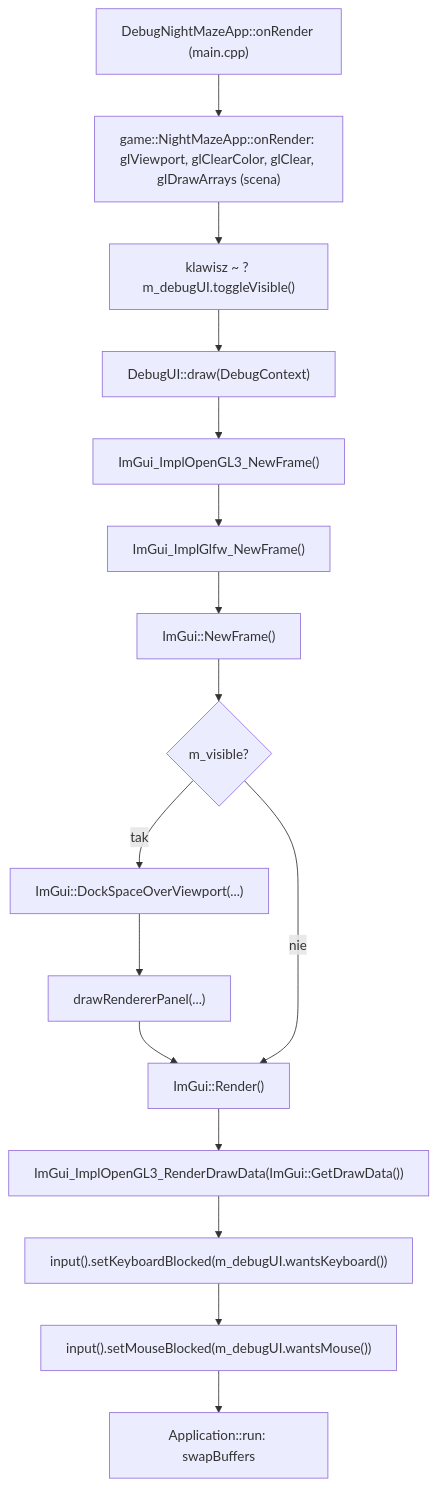
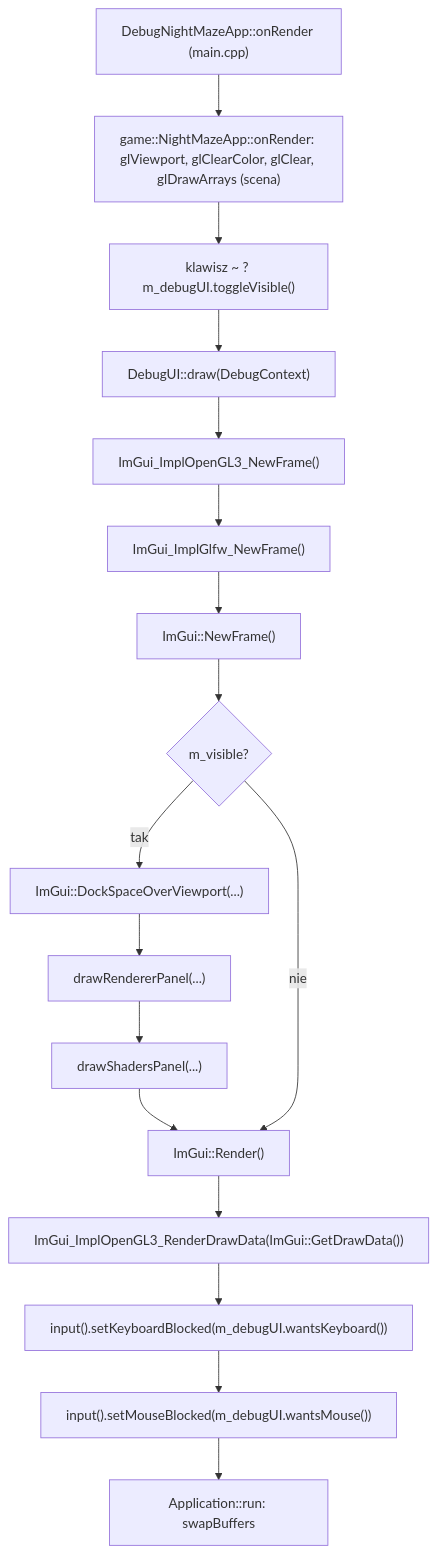
The first of 2 diagrams in docs/modules/debug-ui.md (Shironex/night-maze), drawn with Mermaid before and after one commit. The commit also changed other lines of this file and 22 other files, not shown here.

First line of the commit message:
feat(debug): add Shaders panel with reload button

````diff
--- a/docs/modules/debug-ui.md
+++ b/docs/modules/debug-ui.md
@@ -24,18 +24,19 @@
 ```mermaid
 flowchart TD
     A["DebugNightMazeApp::onRender (main.cpp)"] --> B["game::NightMazeApp::onRender: glViewport, glClearColor, glClear, glDrawArrays (scena)"]
     B --> T["klawisz ~ ? m_debugUI.toggleVisible()"]
     T --> C["DebugUI::draw(DebugContext)"]
     C --> D["ImGui_ImplOpenGL3_NewFrame()"]
     D --> E["ImGui_ImplGlfw_NewFrame()"]
     E --> F["ImGui::NewFrame()"]
     F --> G{"m_visible?"}
     G -->|tak| H["ImGui::DockSpaceOverViewport(...)"]
     H --> I["drawRendererPanel(...)"]
-    I --> J["ImGui::Render()"]
+    I --> S["drawShadersPanel(...)"]
+    S --> J["ImGui::Render()"]
     G -->|nie| J
     J --> K["ImGui_ImplOpenGL3_RenderDrawData(ImGui::GetDrawData())"]
     K --> M["input().setKeyboardBlocked(m_debugUI.wantsKeyboard())"]
     M --> N["input().setMouseBlocked(m_debugUI.wantsMouse())"]
     N --> L["Application::run: swapBuffers"]
 ```
````
